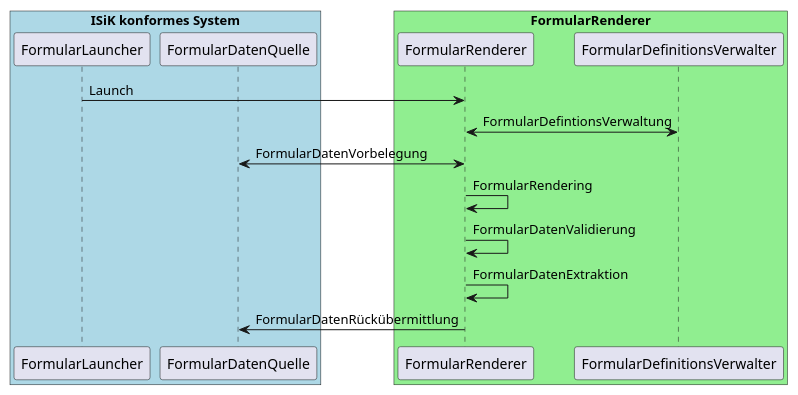
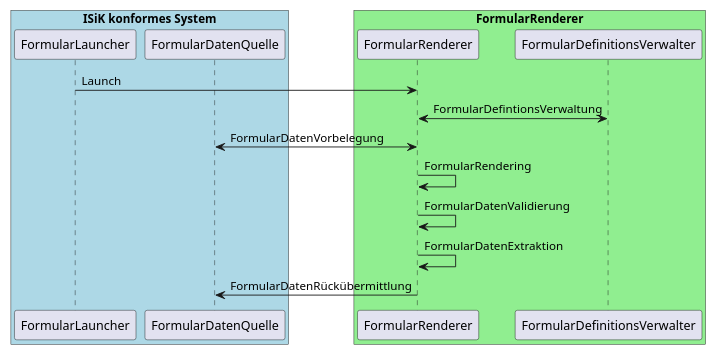
One commit to gematik/spec-ISiK-Basismodul changed the diagram in publisher-guides/Formular/input/images-source/akteure.plantuml. Above: the diagram before and after it, drawn with PlantUML. The commit also changed 1 other file, not shown here.

Commit message:
fixed plantuml size removed link todos

```diff
--- a/publisher-guides/Formular/input/images-source/akteure.plantuml
+++ b/publisher-guides/Formular/input/images-source/akteure.plantuml
@@ -1,17 +1,18 @@
 @startuml
+scale max 700 width
 box "ISiK konformes System" #LightBlue
 participant FormularLauncher
 participant FormularDatenQuelle
 end box
 box "FormularRenderer" #LightGreen
 participant FormularRenderer
 participant FormularDefinitionsVerwalter
 end box
 FormularLauncher -> FormularRenderer : Launch 
 FormularRenderer <-> FormularDefinitionsVerwalter : FormularDefintionsVerwaltung 
 FormularRenderer <-> FormularDatenQuelle :  FormularDatenVorbelegung 
 FormularRenderer -> FormularRenderer : FormularRendering
 FormularRenderer -> FormularRenderer : FormularDatenValidierung
 FormularRenderer -> FormularRenderer : FormularDatenExtraktion
 FormularRenderer -> FormularDatenQuelle : FormularDatenRückübermittlung 
 @enduml
```
